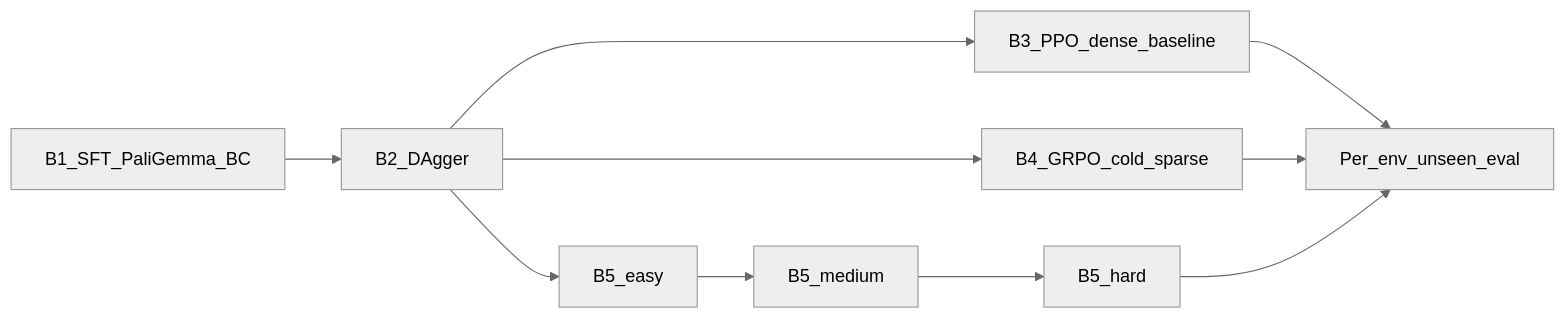
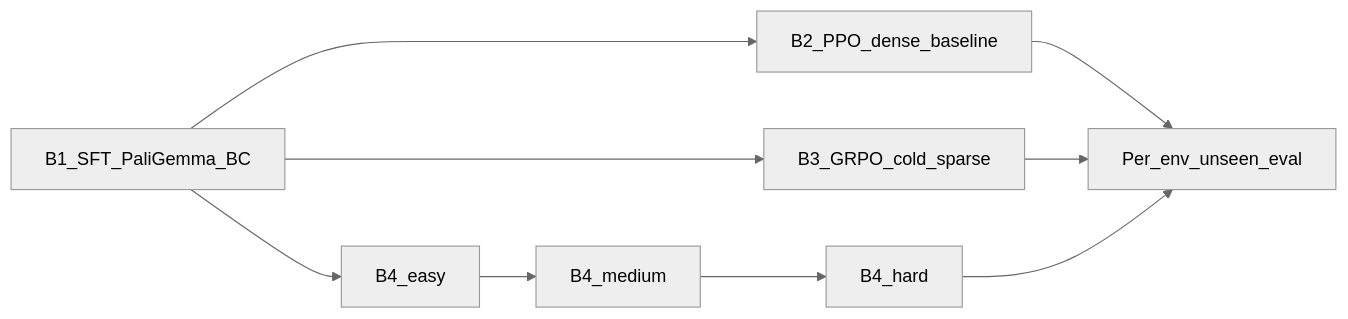
One commit to CodCodingCode/SkyVLA changed the diagram in docs/research.md. Above: the diagram before and after it, drawn with Mermaid (neutral theme). The commit also changed other lines of this file and 10 other files, not shown here.

````diff
--- a/docs/research.md
+++ b/docs/research.md
@@ -55,12 +55,11 @@
 ```mermaid
 flowchart LR
-    SFT[B1_SFT_PaliGemma_BC] --> DAgger[B2_DAgger]
-    DAgger --> B3[B3_PPO_dense_baseline]
-    DAgger --> B4[B4_GRPO_cold_sparse]
-    DAgger --> B5e[B5_easy]
-    B5e --> B5m[B5_medium]
-    B5m --> B5h[B5_hard]
-    B3 --> Eval[Per_env_unseen_eval]
-    B4 --> Eval
-    B5h --> Eval
+    SFT[B1_SFT_PaliGemma_BC] --> B2[B2_PPO_dense_baseline]
+    SFT --> B3[B3_GRPO_cold_sparse]
+    SFT --> B4e[B4_easy]
+    B4e --> B4m[B4_medium]
+    B4m --> B4h[B4_hard]
+    B2 --> Eval[Per_env_unseen_eval]
+    B3 --> Eval
+    B4h --> Eval
 ```
````
